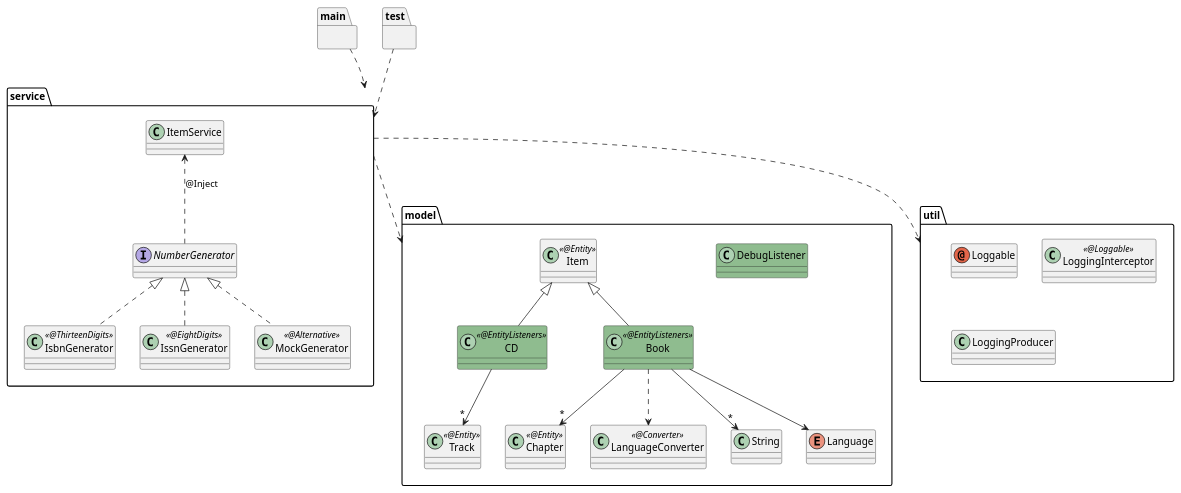
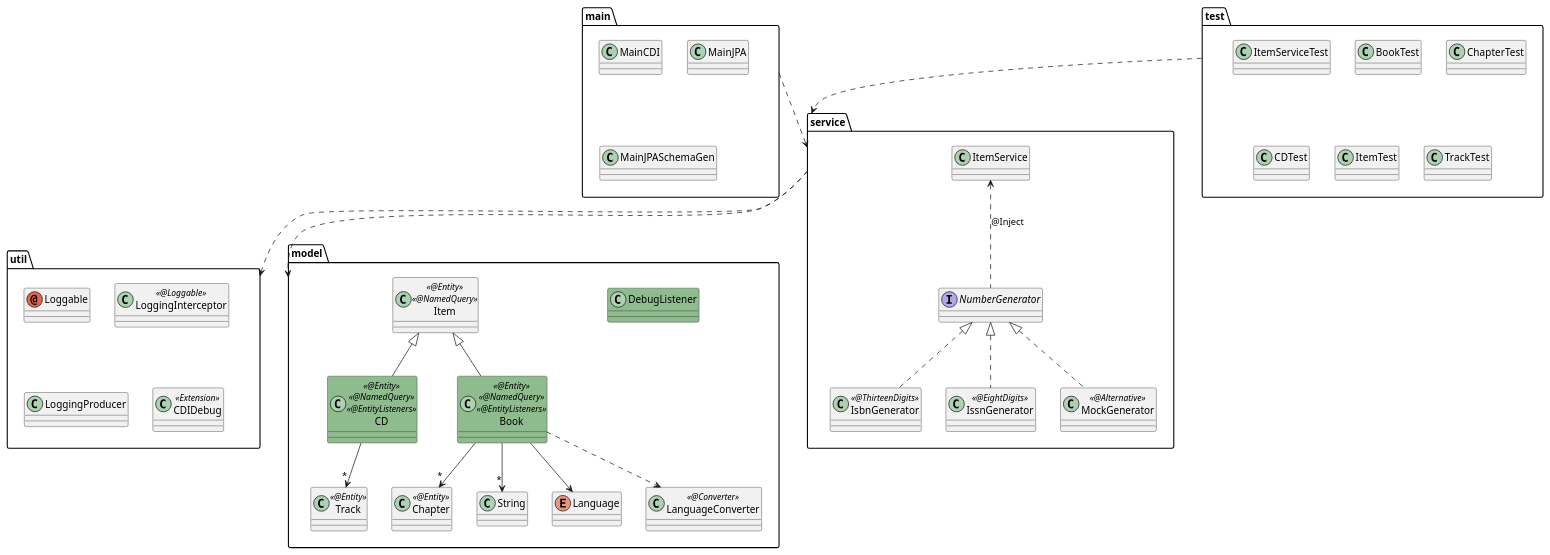
The diagram in 08-JPA/demo08.puml (agoncal/agoncal-training-javaee7), drawn with PlantUML before and after one commit. The commit also changed 16 other files, not shown here.

Commit message:
Updading UML schemas

```diff
--- a/08-JPA/demo08.puml
+++ b/08-JPA/demo08.puml
@@ -1,52 +1,62 @@
 @startuml
 
 package "main" {
+    class MainCDI
+    class MainJPA
+    class MainJPASchemaGen
 }
 package "test" {
+    class ItemServiceTest
+    class BookTest
+    class ChapterTest
+    class CDTest 
+    class ItemTest
+    class TrackTest
 }
 
 package "service" {
     interface NumberGenerator
     class IsbnGenerator << @ThirteenDigits >>
     class IssnGenerator << @EightDigits >>
     class MockGenerator << @Alternative >>
     class ItemService
 
     ItemService <.. NumberGenerator : @Inject
     NumberGenerator <|.. IsbnGenerator
     NumberGenerator <|.. IssnGenerator
     NumberGenerator <|.. MockGenerator
 }
 
 package "model" {
     class DebugListener #8FBC8F
-    class Item << @Entity >>
-    class CD << @EntityListeners >> #8FBC8F
+    class Item << @Entity >> << @NamedQuery >>
+    class CD << @Entity >> << @NamedQuery >> << @EntityListeners >> #8FBC8F
     class Track << @Entity >>
     class Chapter << @Entity >>
-    class LanguageConverter << @Converter >>
-    class Book << @EntityListeners >>  #8FBC8F
+    class Book << @Entity >> << @NamedQuery >> << @EntityListeners >>  #8FBC8F
     class String
     enum Language
+    class LanguageConverter << @Converter >>
 
     Item <|-- CD
     Item <|-- Book
     CD --> "*" Track
     Book --> "*" String
     Book --> "*" Chapter
     Book --> Language
     Book ..> LanguageConverter
 }
 
 package "util" {
     annotation Loggable
     class LoggingInterceptor << @Loggable >>
     class LoggingProducer
+    class CDIDebug << Extension >>
 }
 
 main ..> service
 test ..> service
 service ..> model
 service ..> util
 
 @enduml
```
